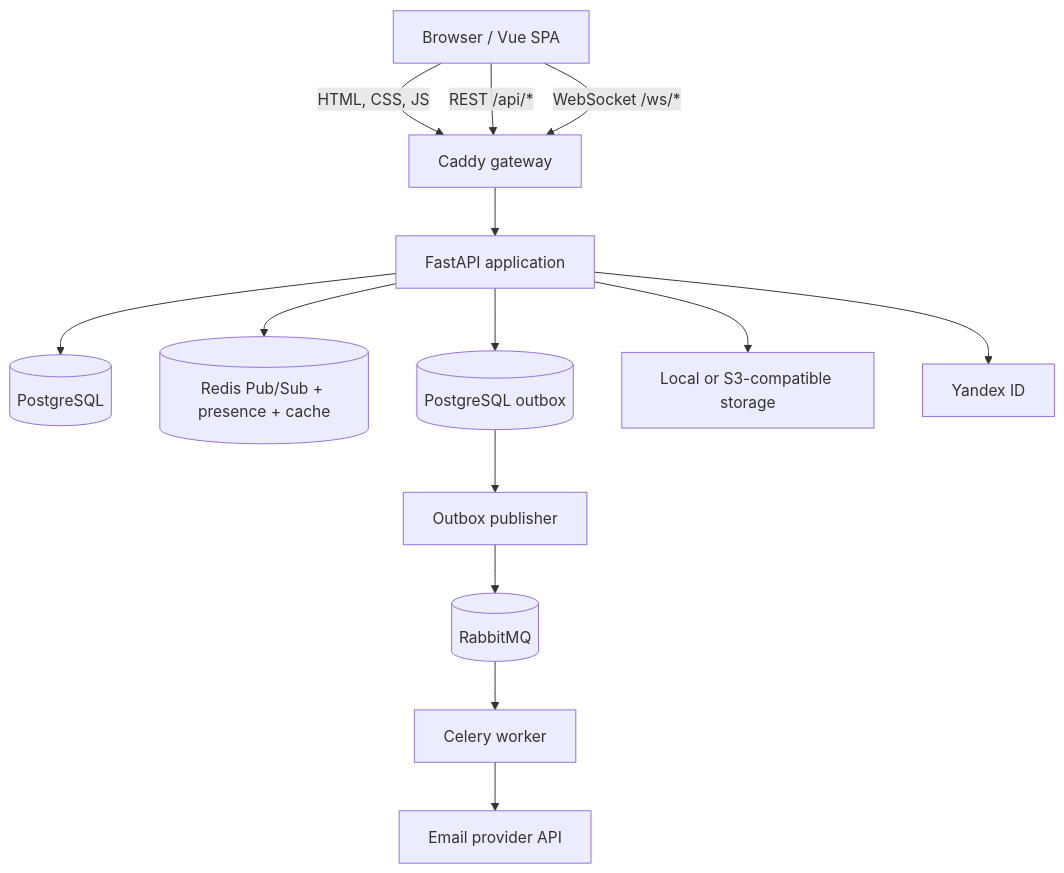
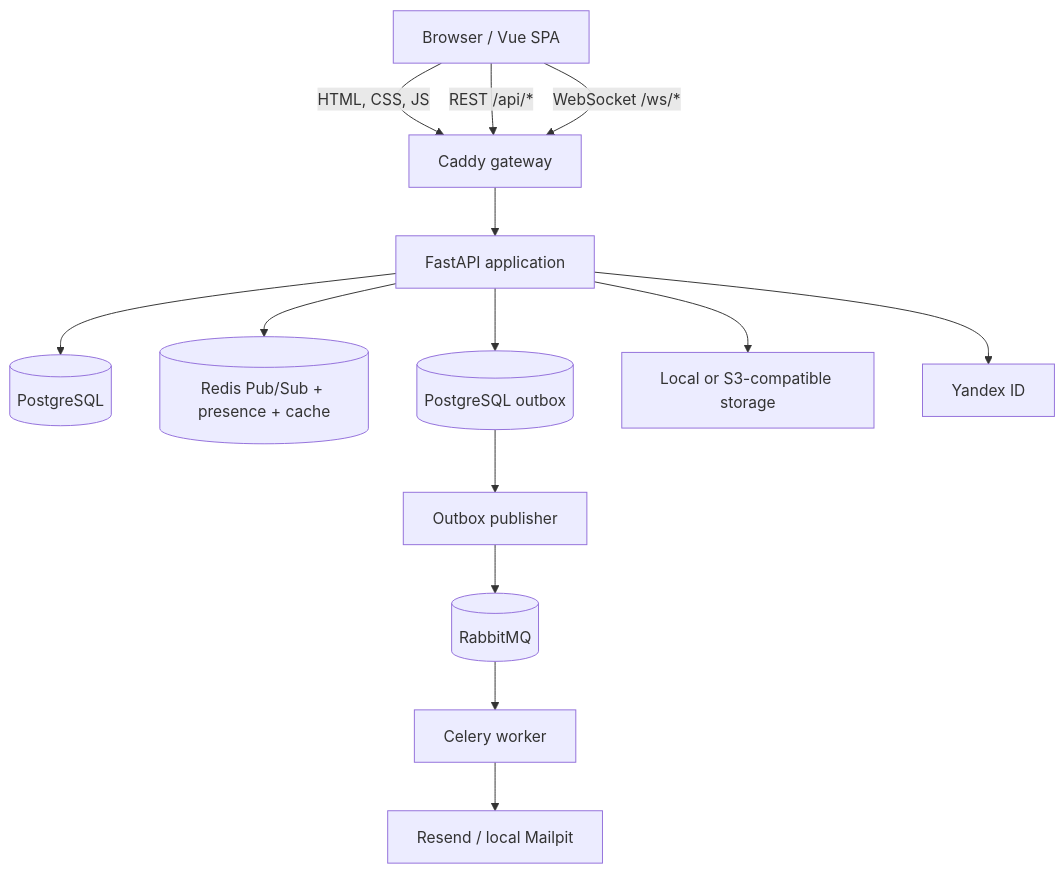
Before and after one commit to Ilm1n/Kantano: the first of 4 diagrams in docs/architecture.md, drawn with Mermaid. The commit also changed other lines of this file and 15 other files, not shown here.

Commit message:
feat(email): add local Mailpit mode

````diff
--- a/docs/architecture.md
+++ b/docs/architecture.md
@@ -7,26 +7,26 @@
 ```mermaid
 flowchart TB
     client["Browser / Vue SPA"]
     gateway["Caddy gateway"]
     api["FastAPI application"]
     postgres[("PostgreSQL")]
     redis[("Redis Pub/Sub + presence + cache")]
     outbox[("PostgreSQL outbox")]
     publisher["Outbox publisher"]
     rabbit[("RabbitMQ")]
     worker["Celery worker"]
-    email["Email provider API"]
+    email["Resend / local Mailpit"]
     files["Local or S3-compatible storage"]
     oauth["Yandex ID"]
 
     client -->|"HTML, CSS, JS"| gateway
     client -->|"REST /api/*"| gateway
     client -->|"WebSocket /ws/*"| gateway
     gateway --> api
     api --> postgres
     api --> redis
     api --> files
     api --> oauth
     api --> outbox
     outbox --> publisher --> rabbit --> worker --> email
 ```
````
